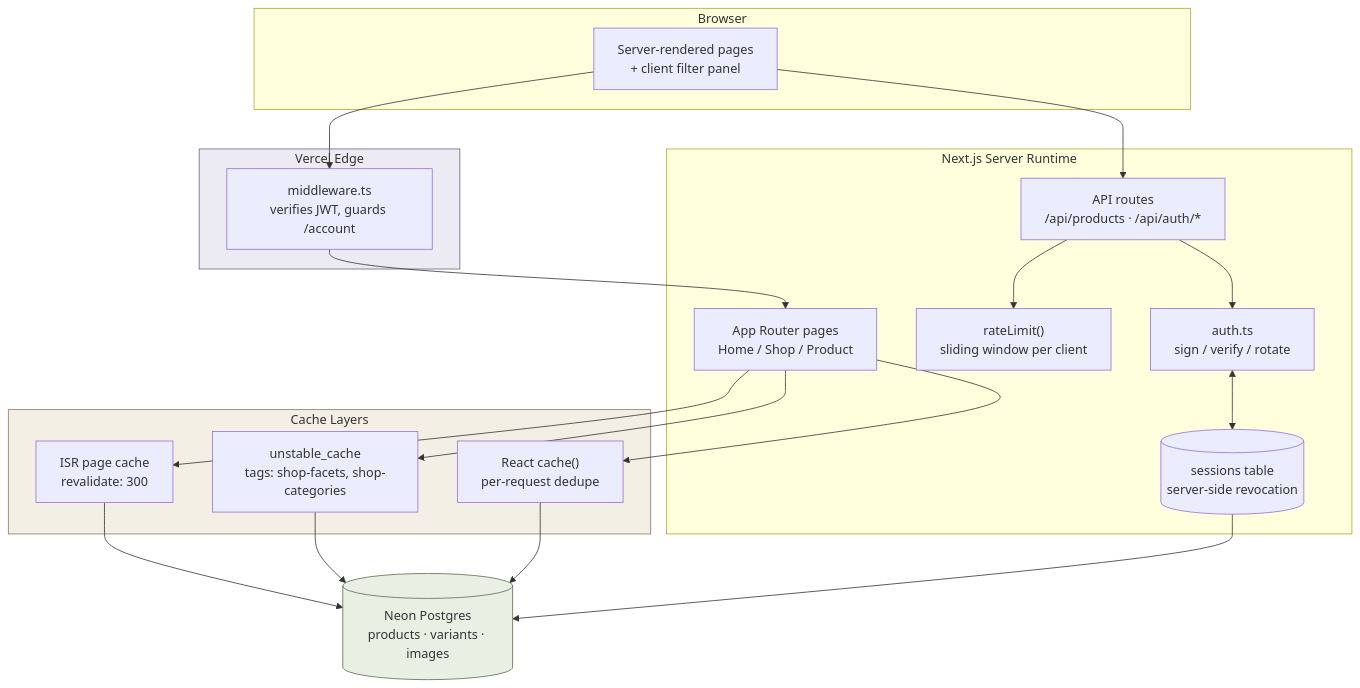
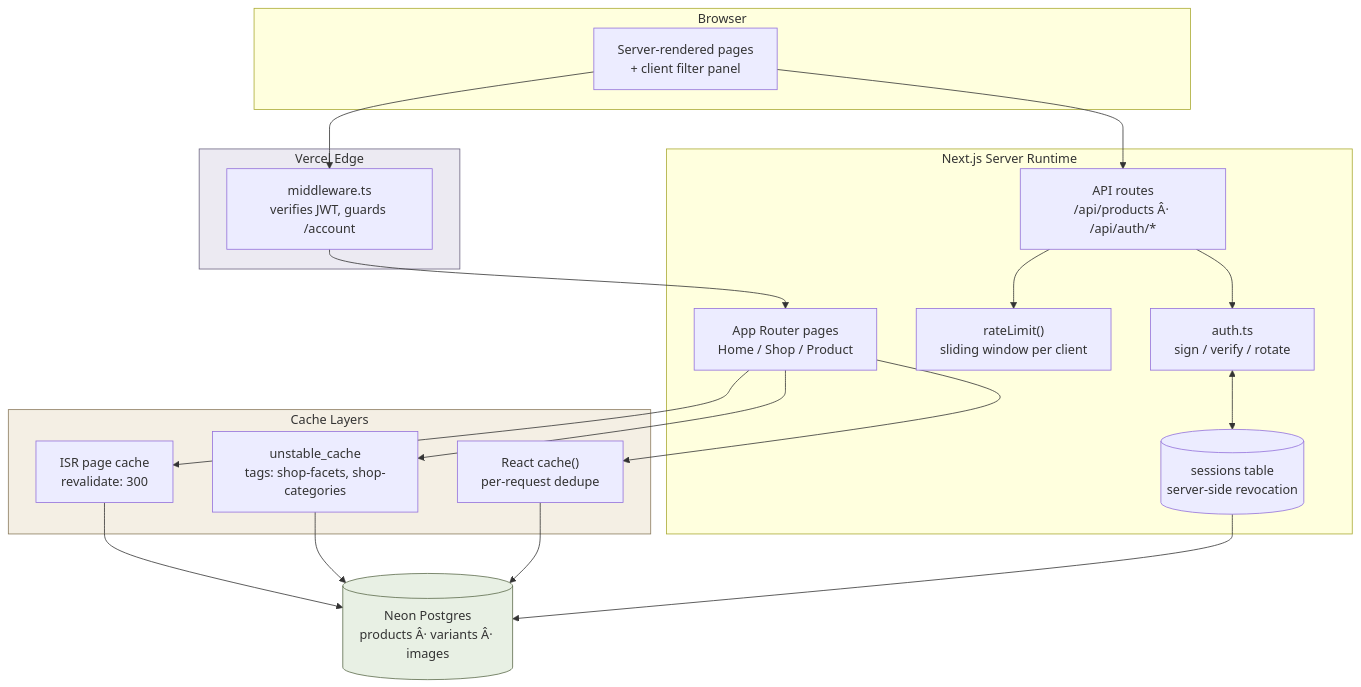
The diagram in README.md (rupam2234/adore-showcase), drawn with Mermaid before and after one commit. The commit also changed other lines of this file and 8 other files, not shown here.

````diff
--- a/README.md
+++ b/README.md
@@ -37,43 +37,43 @@
 ```mermaid
 graph TB
   subgraph Client["Browser"]
     UI["Server-rendered pages<br/>+ client filter panel"]
   end
 
   subgraph Edge["Vercel Edge"]
     MW["middleware.ts<br/>verifies JWT, guards /account"]
   end
 
   subgraph App["Next.js Server Runtime"]
     PAGES["App Router pages<br/>Home / Shop / Product"]
-    API["API routes<br/>/api/products · /api/auth/*"]
+    API["API routes<br/>/api/products Â· /api/auth/*"]
     RL["rateLimit()<br/>sliding window per client"]
     AUTH["auth.ts<br/>sign / verify / rotate"]
     SESS[("sessions table<br/>server-side revocation")]
   end
 
   subgraph Cache["Cache Layers"]
     ISR["ISR page cache<br/>revalidate: 300"]
     TAG["unstable_cache<br/>tags: shop-facets, shop-categories"]
     REQ["React cache()<br/>per-request dedupe"]
   end
 
-  DB[("Neon Postgres<br/>products · variants · images")]
+  DB[("Neon Postgres<br/>products Â· variants Â· images")]
 
   UI --> MW --> PAGES
   UI --> API
   API --> RL
   API --> AUTH
   AUTH <--> SESS
   PAGES --> ISR
   PAGES --> TAG
   PAGES --> REQ
   ISR --> DB
   TAG --> DB
   REQ --> DB
   SESS --> DB
 
   style DB fill:#e8f0e4,stroke:#5C6B4B
   style Cache fill:#f4efe4,stroke:#8a7a5c
   style Edge fill:#eceaf2,stroke:#6b6480
 ```
````
